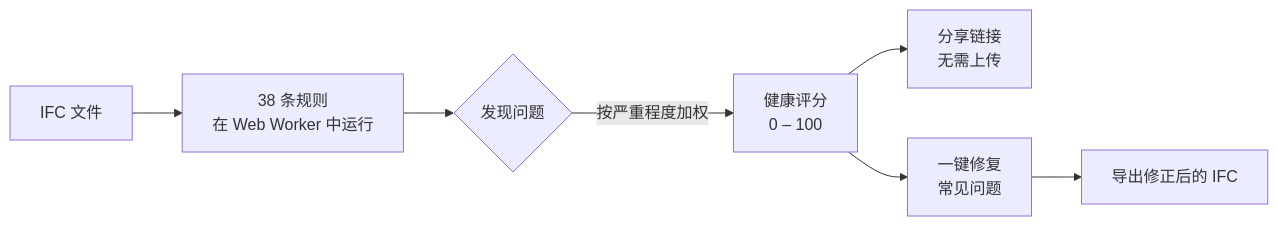
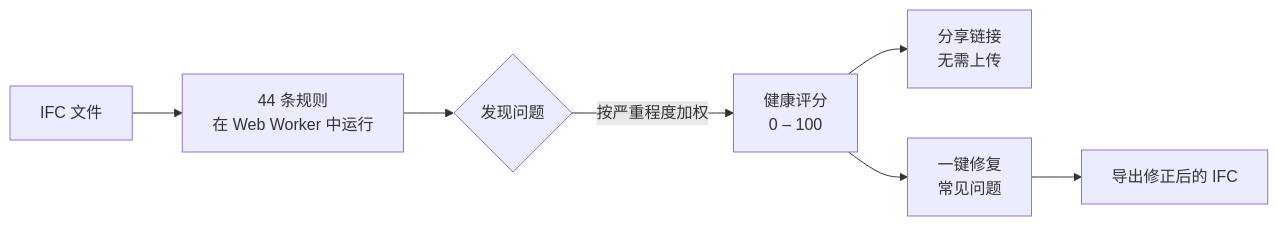
The first of 2 diagrams in README.zh-CN.md (j03rul4nd/ifc-viewer-online), drawn with Mermaid before and after one commit. The commit also changed other lines of this file and 24 other files, not shown here.

````diff
--- a/README.zh-CN.md
+++ b/README.zh-CN.md
@@ -125,9 +127,9 @@
 ```mermaid
 flowchart LR
-    A[IFC 文件] --> B[38 条规则<br/>在 Web Worker 中运行]
+    A[IFC 文件] --> B[44 条规则<br/>在 Web Worker 中运行]
     B --> C{发现问题}
     C -->|按严重程度加权| D[健康评分<br/>0 – 100]
     D --> E[分享链接<br/>无需上传]
     D --> F[一键修复<br/>常见问题]
     F --> G[导出修正后的 IFC]
 ```
````
